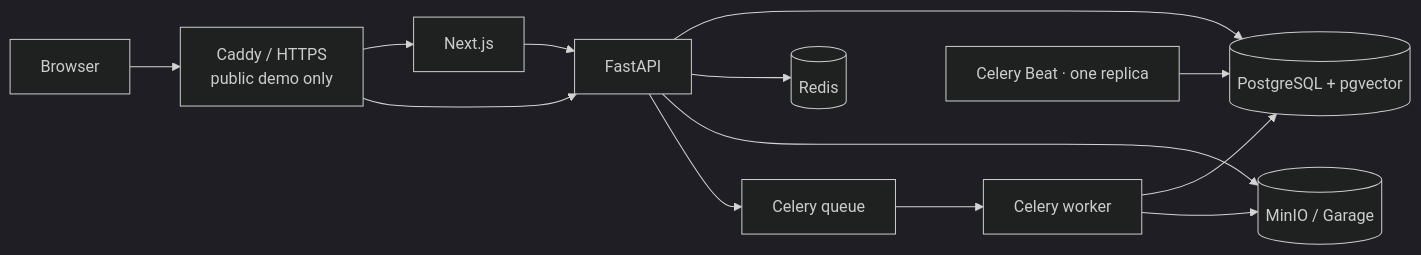
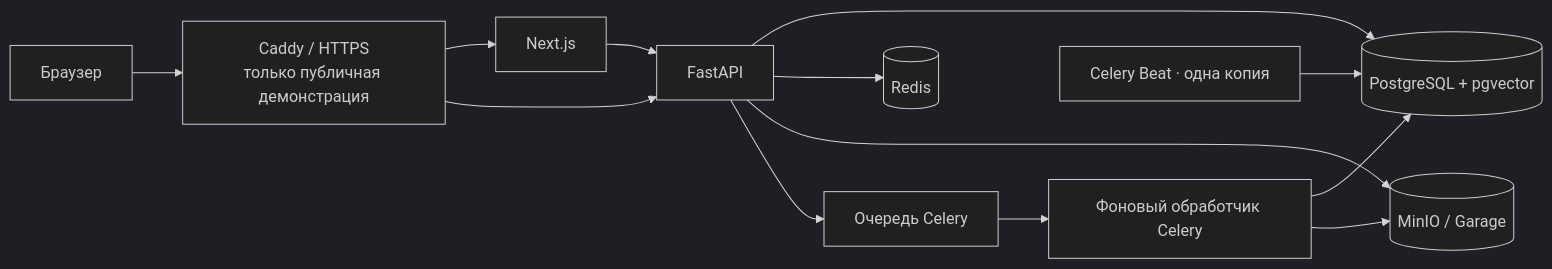
Before and after one commit to vladweat/docwise: the diagram in docs/operations/operations.md, drawn with Mermaid (dark theme). The commit also changed other lines of this file and 51 other files, not shown here.

````diff
--- a/docs/operations/operations.md
+++ b/docs/operations/operations.md
@@ -9,15 +10,15 @@
 ```mermaid
 flowchart LR
-  Browser[Browser] --> Caddy[Caddy / HTTPS<br/>public demo only]
+  Browser[Браузер] --> Caddy[Caddy / HTTPS<br/>только публичная демонстрация]
   Caddy --> Frontend[Next.js]
   Caddy --> API[FastAPI]
   Frontend --> API
   API --> DB[(PostgreSQL + pgvector)]
   API --> Redis[(Redis)]
   API --> S3[(MinIO / Garage)]
-  API --> Queue[Celery queue]
-  Queue --> Worker[Celery worker]
+  API --> Queue[Очередь Celery]
+  Queue --> Worker[Фоновый обработчик Celery]
   Worker --> DB
   Worker --> S3
-  Beat[Celery Beat · one replica] --> DB
+  Beat[Celery Beat · одна копия] --> DB
 ```
````
